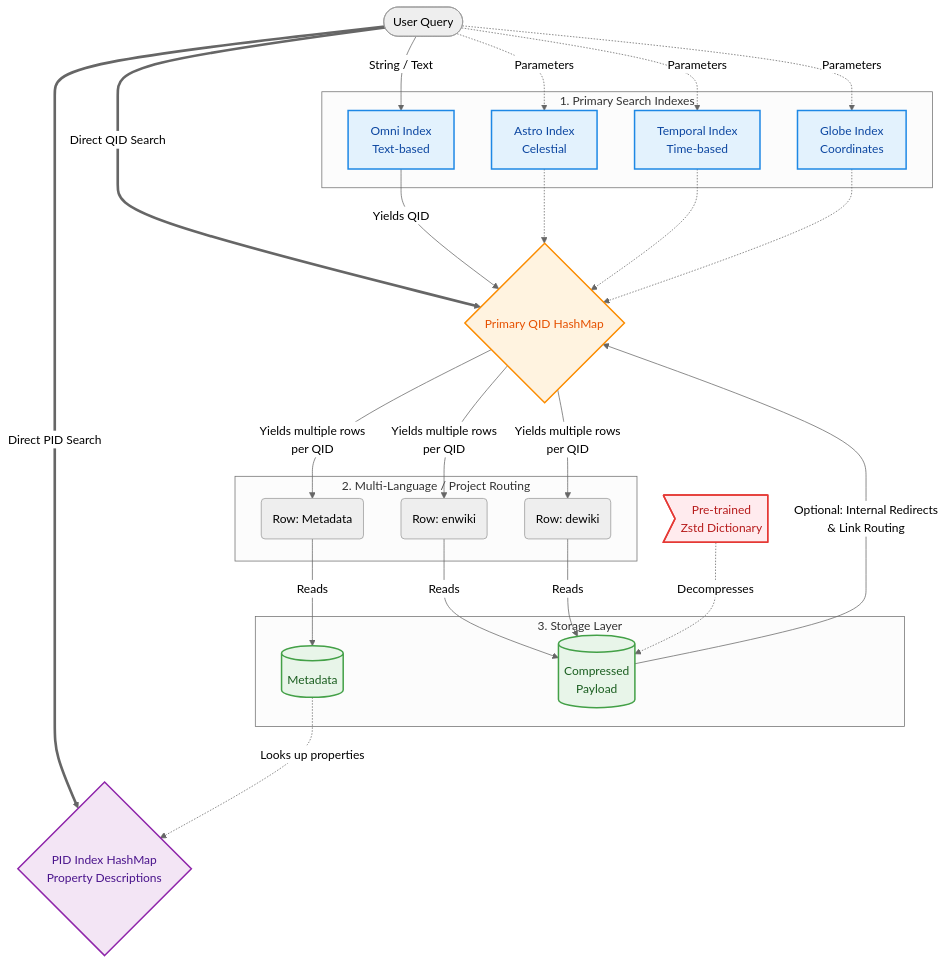
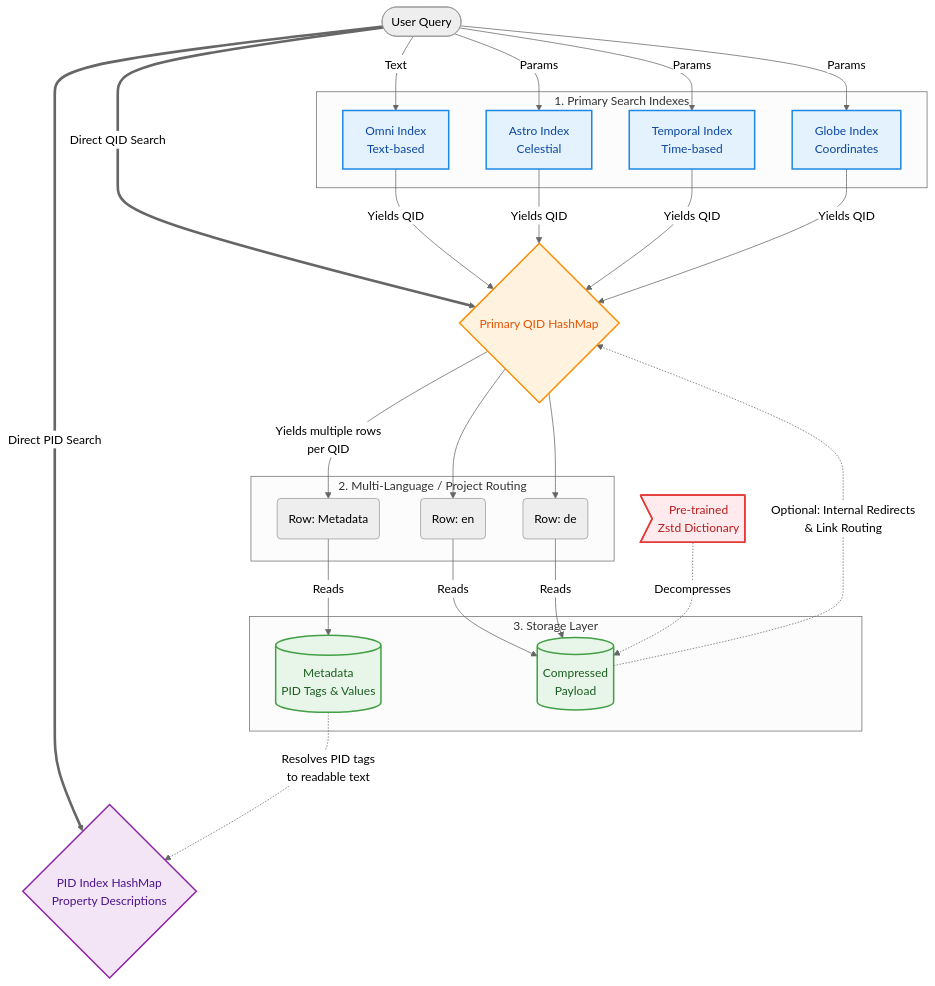
Before and after one commit to jmueller209/WIKI_PDA: the diagram in README.md, drawn with Mermaid (neutral theme).

Commit message:
Refactor README.md for improved clarity and formatting

````diff
--- a/README.md
+++ b/README.md
@@ -16,60 +16,62 @@
 ```mermaid
 flowchart TD
     %% Color Palette Definition
     classDef search fill:#e3f2fd,stroke:#1e88e5,stroke-width:2px,color:#0d47a1
     classDef memory fill:#fff3e0,stroke:#fb8c00,stroke-width:2px,color:#e65100
     classDef storage fill:#e8f5e9,stroke:#43a047,stroke-width:2px,color:#1b5e20
     classDef meta fill:#f3e5f5,stroke:#8e24aa,stroke-width:2px,color:#4a148c
     classDef tool fill:#ffebee,stroke:#e53935,stroke-width:2px,color:#b71c1c
 
     User([User Query])
 
     subgraph Phase1 [1. Primary Search Indexes]
         OS[Omni Index<br>Text-based]:::search
         AS[Astro Index<br>Celestial]:::search
         TS[Temporal Index<br>Time-based]:::search
         CS[Globe Index<br>Coordinates]:::search
     end
 
     %% Normal Search Routes
-    User -->|String / Text| OS
-    User -.->|Parameters| AS
-    User -.->|Parameters| TS
-    User -.->|Parameters| CS
+    User -->|Text| OS
+    User -->|Params| AS
+    User -->|Params| TS
+    User -->|Params| CS
 
     %% Direct ID Search Routes (Bypassing Phase 1)
-    User == Direct QID Search ==> HM
-    User == Direct PID Search ==> PID
+    User ==>|Direct QID Search| HM
+    User ==>|Direct PID Search| PID
 
     HM{Primary QID HashMap}:::memory
     
-    OS -- Yields QID --> HM
-    AS -.-> HM
-    TS -.-> HM
-    CS -.-> HM
+    OS -->|Yields QID| HM
+    AS -->|Yields QID| HM
+    TS -->|Yields QID| HM
+    CS -->|Yields QID| HM
 
     subgraph Phase2 [2. Multi-Language / Project Routing]
         R1(Row: Metadata)
-        R2(Row: enwiki)
-        R3(Row: dewiki)
+        R2(Row: en)
+        R3(Row: de)
     end
 
-    HM -- Yields multiple rows<br>per QID --> R1 & R2 & R3
+    HM -->|Yields multiple rows<br>per QID| R1
+    HM --> R2
+    HM --> R3
 
     subgraph Phase3 [3. Storage Layer]
-        MD[(Metadata)]:::storage
+        MD[(Metadata<br>PID Tags & Values)]:::storage
         DAT[(Compressed<br>Payload)]:::storage
     end
 
     R1 -->|Reads| MD
     R2 -->|Reads| DAT
     R3 -->|Reads| DAT
 
     PID{PID Index HashMap<br>Property Descriptions}:::meta
-    MD -. Looks up properties .-> PID
+    MD -.->|Resolves PID tags<br>to readable text| PID
 
-    DAT -- Optional: Internal Redirects<br>& Link Routing --> HM
+    DAT -.->|Optional: Internal Redirects<br>& Link Routing| HM
 
     ZDICT>Pre-trained<br>Zstd Dictionary]:::tool
     ZDICT -.->|Decompresses| DAT
 ```
````
